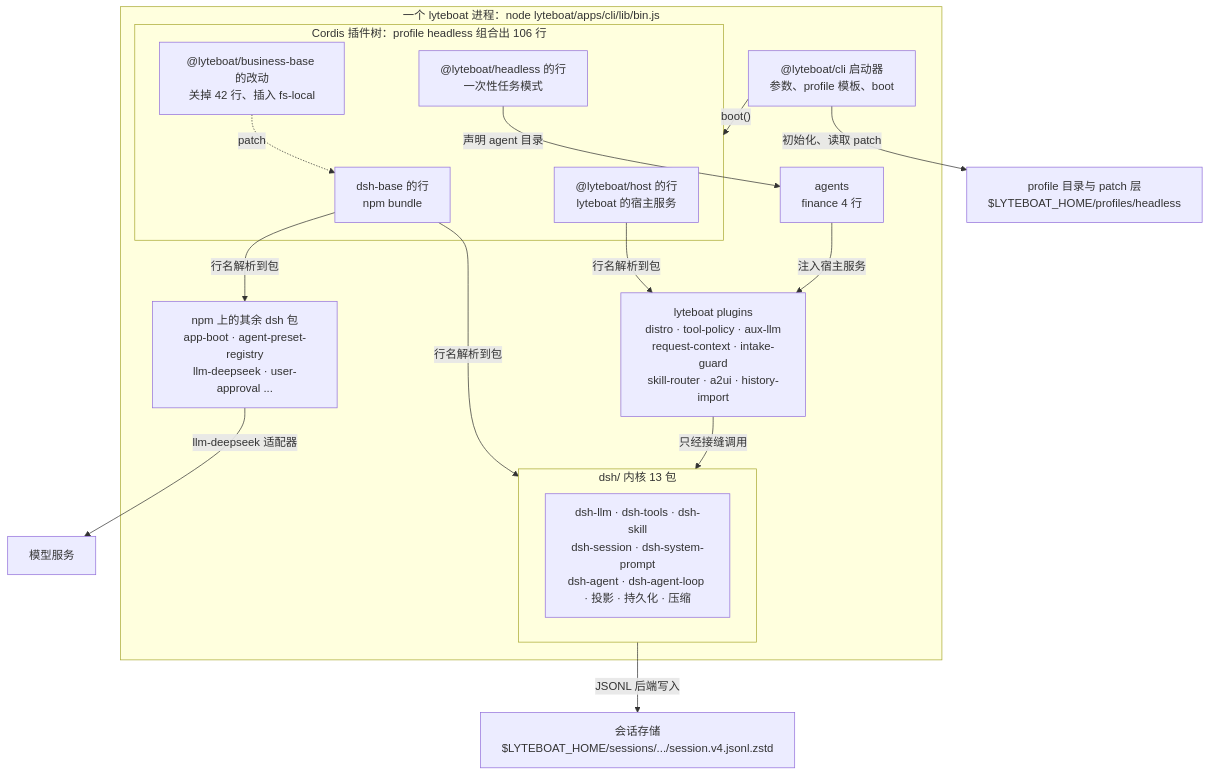
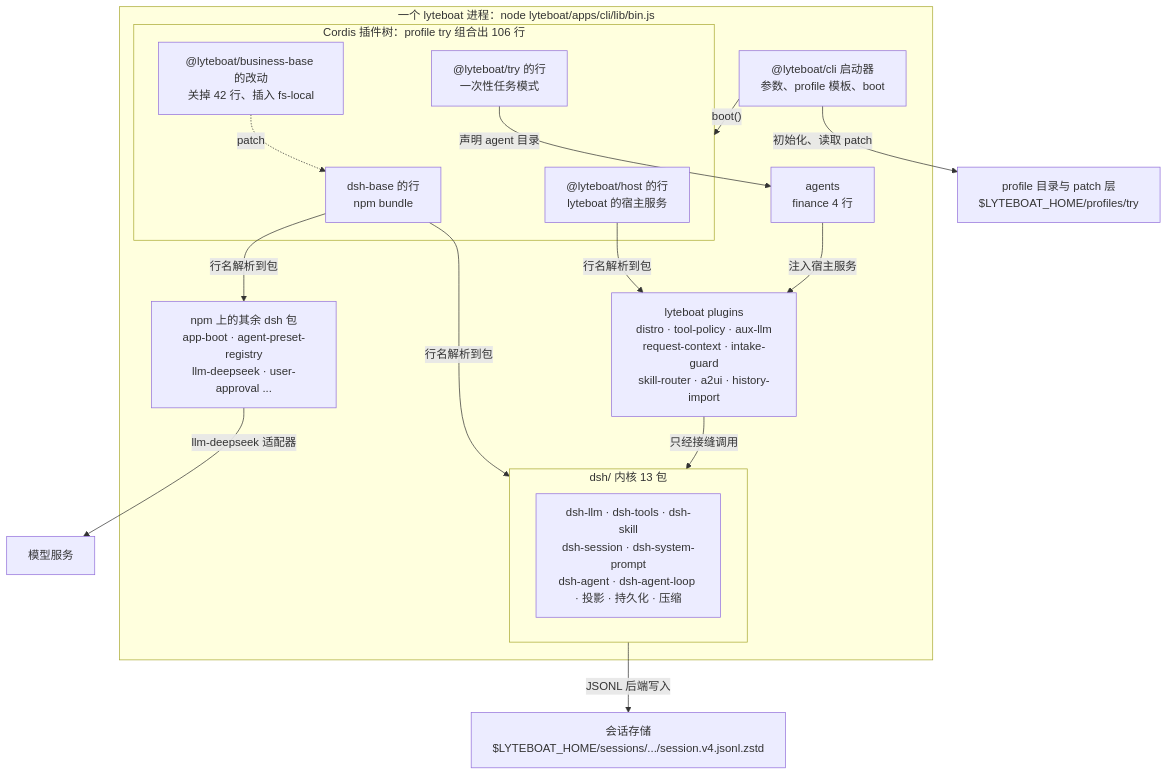
One commit to lyteboat/boat changed the second of 11 diagrams in docs/01-architecture.md. Above: the diagram before and after it, drawn with Mermaid. The commit also changed other lines of this file and 9 other files, not shown here.

````diff
--- a/docs/01-architecture.md
+++ b/docs/01-architecture.md
@@ -107,32 +109,32 @@
 ```mermaid
 flowchart TB
   subgraph PROC["一个 lyteboat 进程：node lyteboat/apps/cli/lib/bin.js"]
     cli["@lyteboat/cli 启动器<br/>参数、profile 模板、boot"]
-    subgraph TREE["Cordis 插件树：profile headless 组合出 106 行"]
+    subgraph TREE["Cordis 插件树：profile try 组合出 106 行"]
       base["dsh-base 的行<br/>npm bundle"]
       host["@lyteboat/host 的行<br/>lyteboat 的宿主服务"]
       bbase["@lyteboat/business-base 的改动<br/>关掉 42 行、插入 fs-local"]
-      runb["@lyteboat/headless 的行<br/>一次性任务模式"]
+      runb["@lyteboat/try 的行<br/>一次性任务模式"]
     end
     subgraph KERNEL["dsh/ 内核 13 包"]
       kpk["dsh-llm · dsh-tools · dsh-skill<br/>dsh-session · dsh-system-prompt<br/>dsh-agent · dsh-agent-loop · 投影 · 持久化 · 压缩"]
     end
     npmpk["npm 上的其余 dsh 包<br/>app-boot · agent-preset-registry<br/>llm-deepseek · user-approval ..."]
     plugins["lyteboat plugins<br/>distro · tool-policy · aux-llm<br/>request-context · intake-guard<br/>skill-router · a2ui · history-import"]
     agents["agents<br/>finance 4 行"]
   end
-  prof["profile 目录与 patch 层<br/>$LYTEBOAT_HOME/profiles/headless"]
+  prof["profile 目录与 patch 层<br/>$LYTEBOAT_HOME/profiles/try"]
   store["会话存储<br/>$LYTEBOAT_HOME/sessions/.../session.v4.jsonl.zstd"]
   model["模型服务"]
   cli -->|"初始化、读取 patch"| prof
   cli -->|"boot()"| TREE
   bbase -.->|"patch"| base
   base -->|"行名解析到包"| KERNEL
   base -->|"行名解析到包"| npmpk
   host -->|"行名解析到包"| plugins
   runb -->|"声明 agent 目录"| agents
   agents -->|"注入宿主服务"| plugins
   plugins -->|"只经接缝调用"| KERNEL
   KERNEL -->|"JSONL 后端写入"| store
   npmpk -->|"llm-deepseek 适配器"| model
 ```
````
